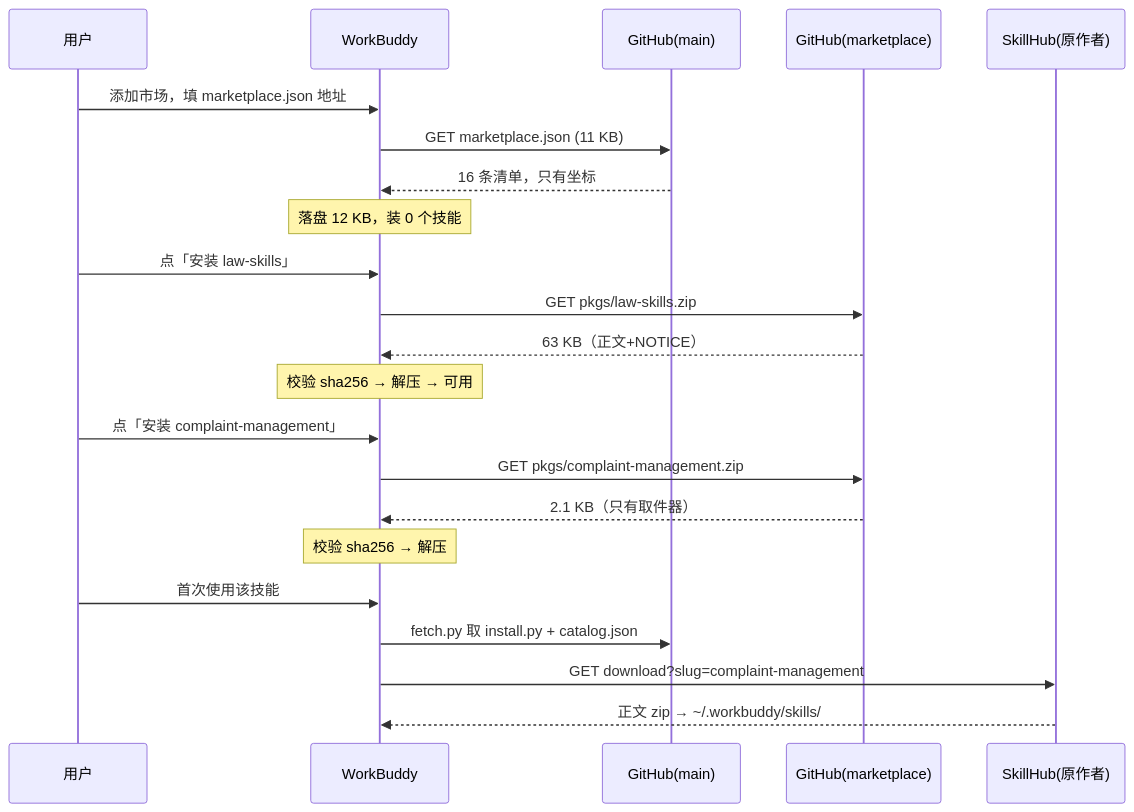
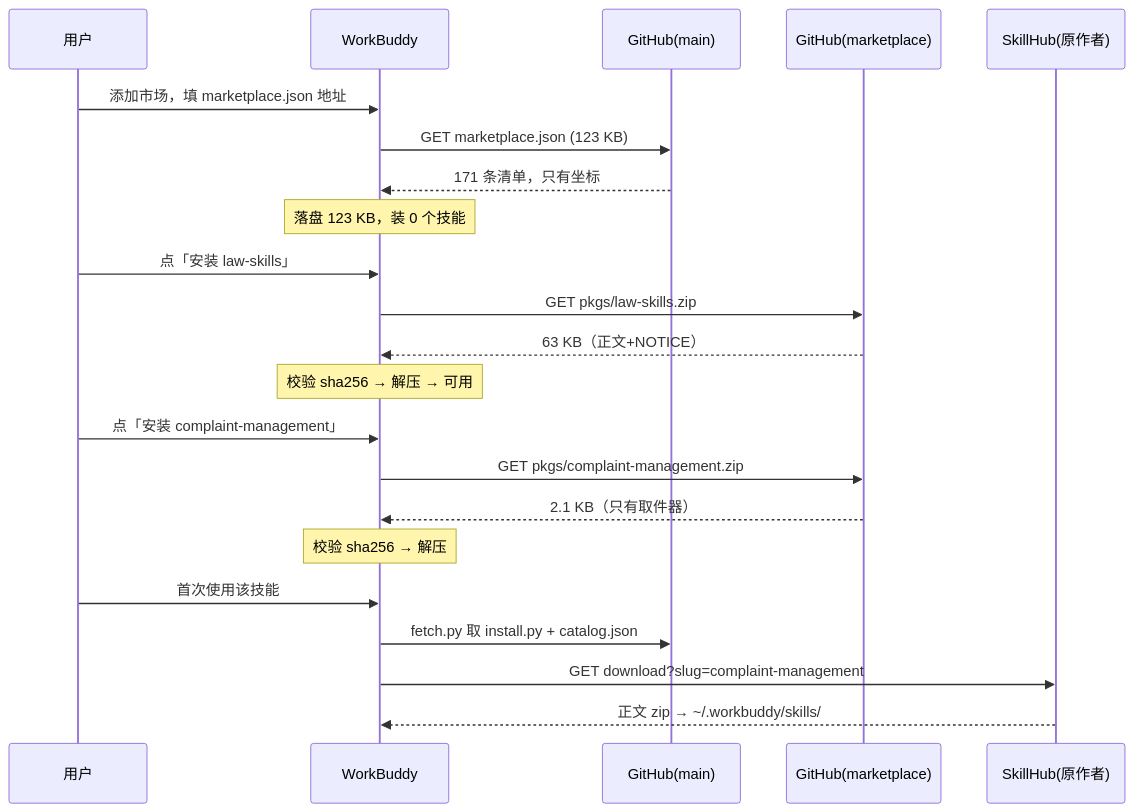
One commit to openfcp/awesome-financial-skills changed the diagram in ARCHITECTURE.md. Above: the diagram before and after it, drawn with Mermaid. The commit also changed other lines of this file and 2 other files, not shown here.

````diff
--- a/ARCHITECTURE.md
+++ b/ARCHITECTURE.md
@@ -349,26 +349,26 @@
 ```mermaid
 sequenceDiagram
     participant U as 用户
     participant WB as WorkBuddy
     participant GH as GitHub(main)
     participant MKT as GitHub(marketplace)
     participant SH as SkillHub(原作者)
 
     U->>WB: 添加市场，填 marketplace.json 地址
-    WB->>GH: GET marketplace.json (11 KB)
-    GH-->>WB: 16 条清单，只有坐标
-    Note over WB: 落盘 12 KB，装 0 个技能
+    WB->>GH: GET marketplace.json (123 KB)
+    GH-->>WB: 171 条清单，只有坐标
+    Note over WB: 落盘 123 KB，装 0 个技能
     U->>WB: 点「安装 law-skills」
     WB->>MKT: GET pkgs/law-skills.zip
     MKT-->>WB: 63 KB（正文+NOTICE）
     Note over WB: 校验 sha256 → 解压 → 可用
 
     U->>WB: 点「安装 complaint-management」
     WB->>MKT: GET pkgs/complaint-management.zip
     MKT-->>WB: 2.1 KB（只有取件器）
     Note over WB: 校验 sha256 → 解压
     U->>WB: 首次使用该技能
     WB->>GH: fetch.py 取 install.py + catalog.json
     WB->>SH: GET download?slug=complaint-management
     SH-->>WB: 正文 zip → ~/.workbuddy/skills/
 ```
````
